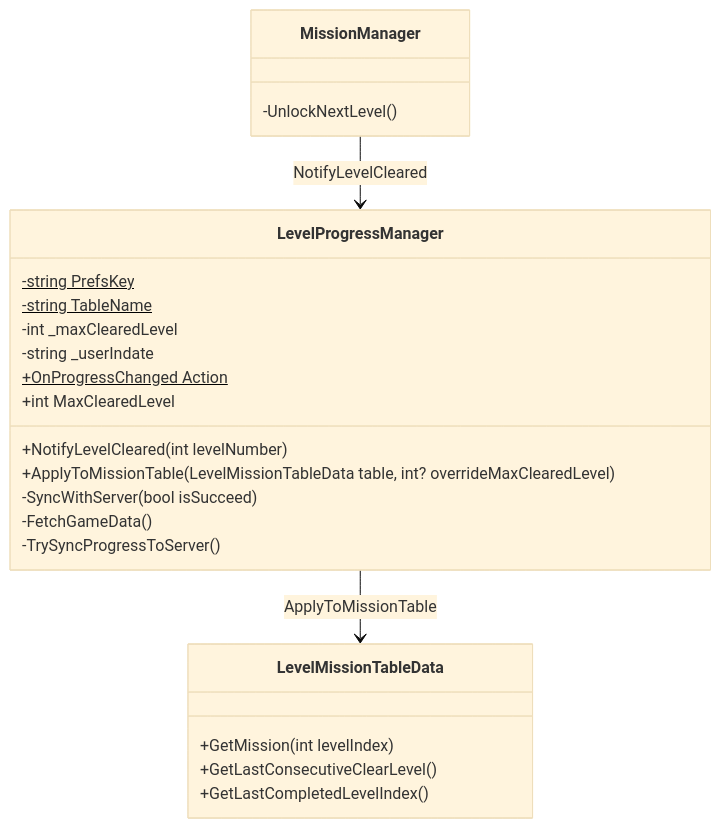
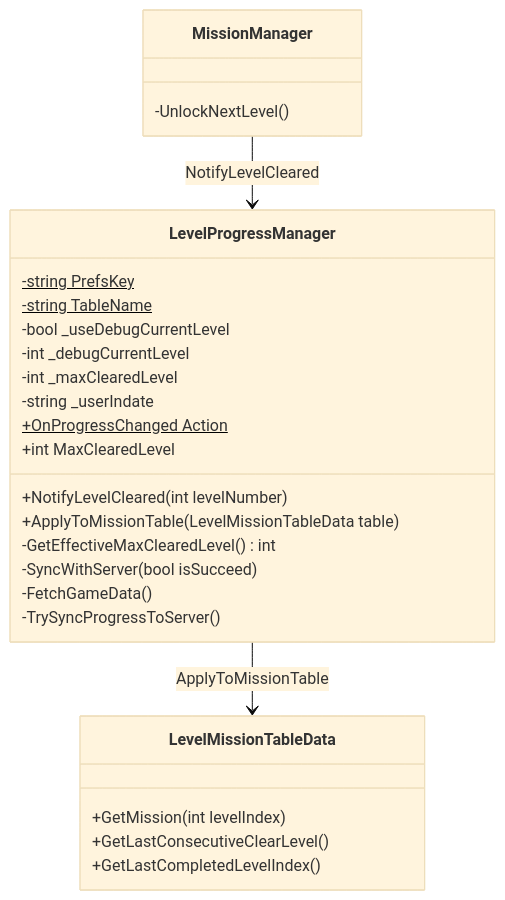
Before and after one commit to chlghksgml01/BlockPuzzle: the third of 3 diagrams in docs/diagrams/level-progress-manager.md, drawn with Mermaid (base theme). The commit also changed other lines of this file and 4 other files, not shown here.

Commit message:
refactor: Debug Current Level 변수 이동

````diff
--- a/docs/diagrams/level-progress-manager.md
+++ b/docs/diagrams/level-progress-manager.md
@@ -66,29 +66,32 @@
 ```mermaid
 classDiagram
   class LevelProgressManager {
     -string PrefsKey$
     -string TableName$
+    -bool _useDebugCurrentLevel
+    -int _debugCurrentLevel
     -int _maxClearedLevel
     -string _userIndate
     +OnProgressChanged Action$
     +int MaxClearedLevel
     +NotifyLevelCleared(int levelNumber)
-    +ApplyToMissionTable(LevelMissionTableData table, int? overrideMaxClearedLevel)
+    +ApplyToMissionTable(LevelMissionTableData table)
+    -GetEffectiveMaxClearedLevel() int
     -SyncWithServer(bool isSucceed)
     -FetchGameData()
     -TrySyncProgressToServer()
   }
 
   class MissionManager {
     -UnlockNextLevel()
   }
 
   class LevelMissionTableData {
     +GetMission(int levelIndex)
     +GetLastConsecutiveClearLevel()
     +GetLastCompletedLevelIndex()
   }
 
   MissionManager --> LevelProgressManager : NotifyLevelCleared
   LevelProgressManager --> LevelMissionTableData : ApplyToMissionTable
 ```
````
